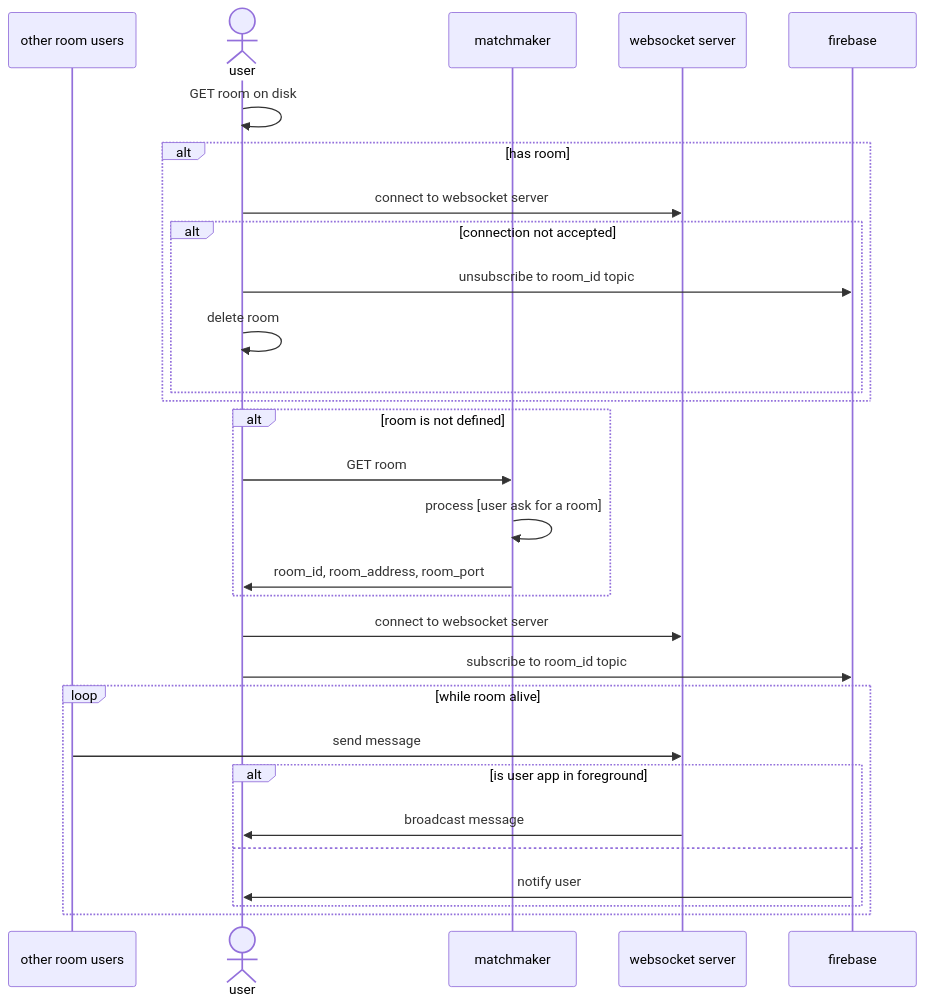
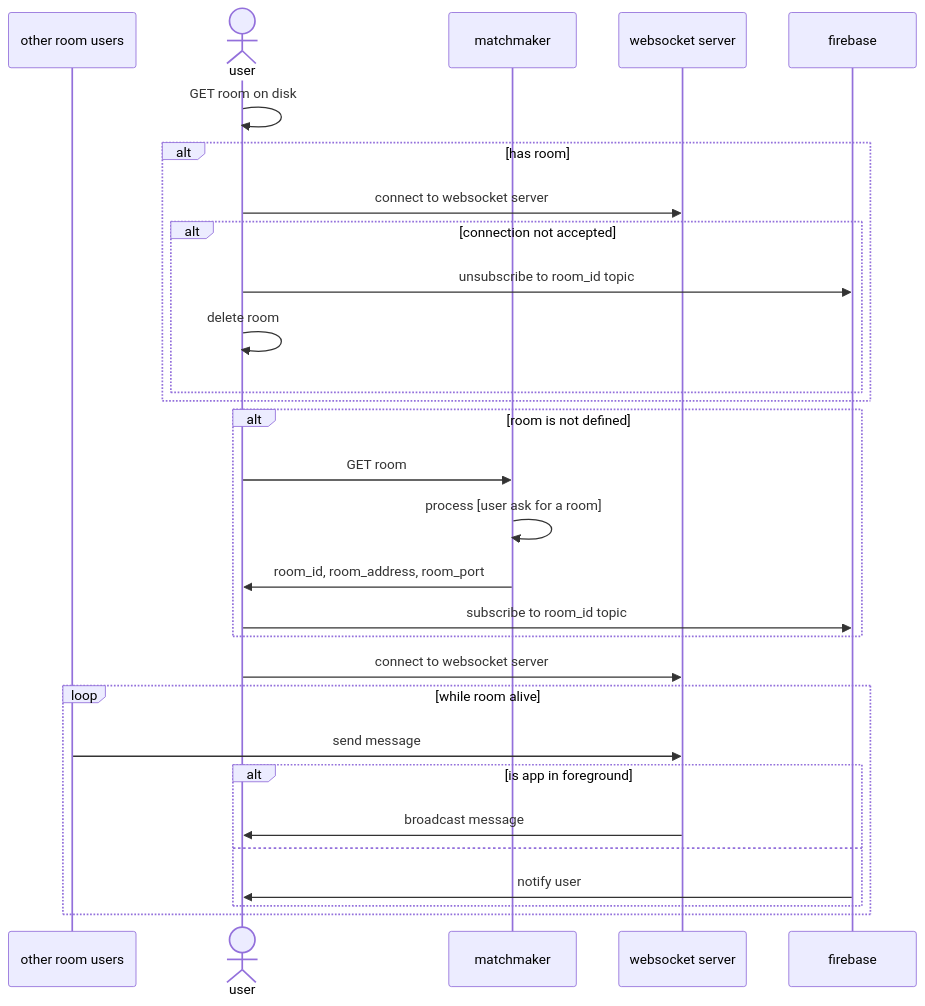
One commit to AdrKacz/super-duper-guacamole changed the second of 5 diagrams in README.md. Above: the diagram before and after it, drawn with Mermaid. The commit also changed other lines of this file, not shown here.

Commit message:
Update README diagrams

````diff
--- a/README.md
+++ b/README.md
@@ -52,31 +46,31 @@
 ```mermaid
 sequenceDiagram
     participant oth as other room users
     actor u as user
     participant m as matchmaker
     participant s as websocket server
     participant f as firebase
     u ->> u: GET room on disk
     alt has room
         u ->> s: connect to websocket server
         alt connection not accepted
             u ->> f: unsubscribe to room_id topic
             u ->> u: delete room
         end
     end
     alt room is not defined
         u ->> m: GET room
         m ->> m: process [user ask for a room]
         m ->> u: room_id, room_address, room_port
+        u ->> f: subscribe to room_id topic
     end
     u ->> s: connect to websocket server
-    u ->> f: subscribe to room_id topic
     loop while room alive
         oth ->> s: send message
-        alt is user app in foreground
+        alt is app in foreground
             s ->> u: broadcast message
         else
             f ->> u: notify user
         end
     end
 ```
````
